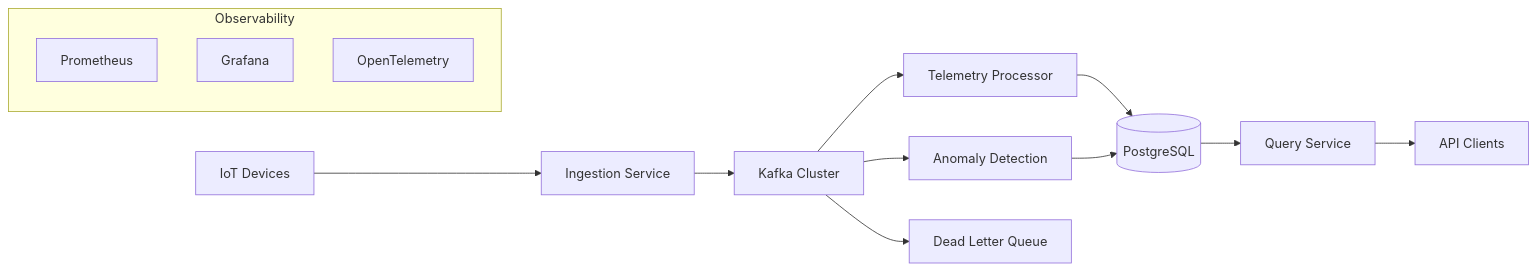
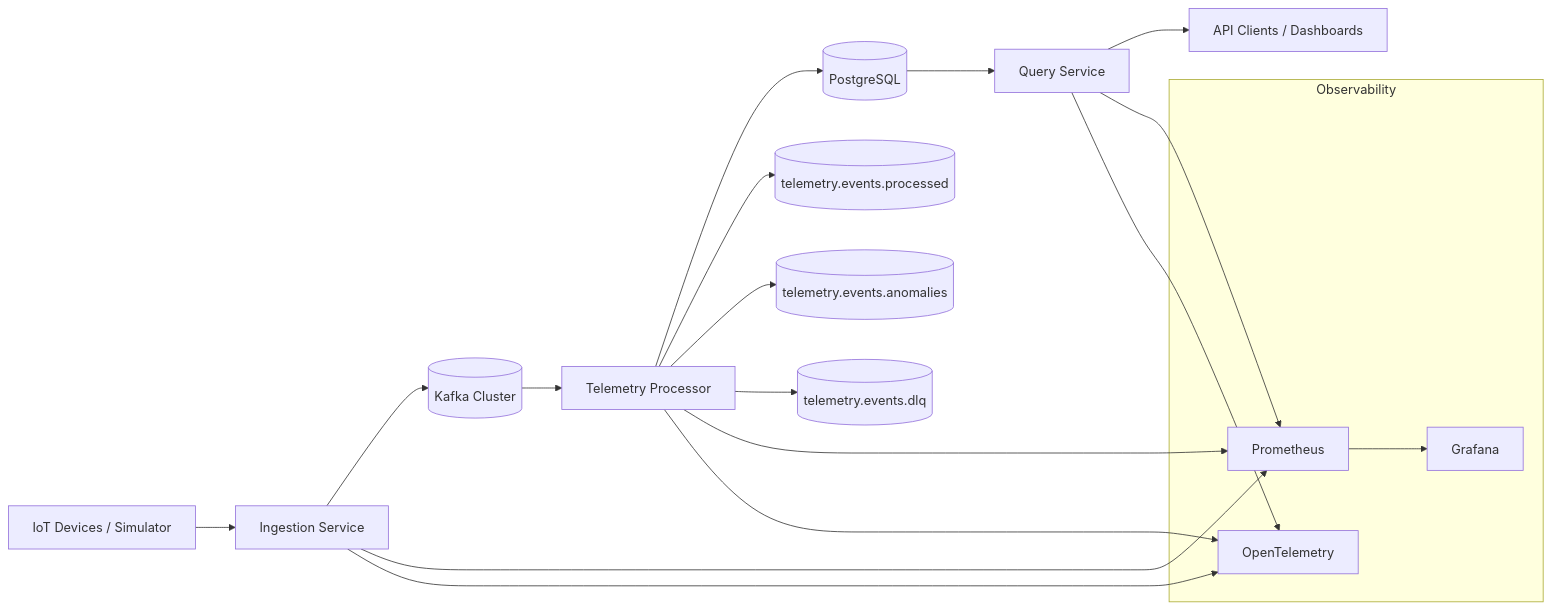
Before and after one commit to ME-Massine/pulsestream: the diagram in README.md, drawn with Mermaid. The commit also changed other lines of this file and 19 other files, not shown here.

First line of the commit message:
docs: finalize architecture consistency and align repository entry points (#94)

````diff
--- a/README.md
+++ b/README.md
@@ -26,25 +23,30 @@
 ```mermaid
 flowchart LR
+    A[IoT Devices / Simulator] --> B[Ingestion Service]
+    B --> C[(Kafka Cluster)]
 
-A[IoT Devices] --> B[Ingestion Service]
+    C --> D[Telemetry Processor]
+    D --> E[(PostgreSQL)]
+    E --> F[Query Service]
+    F --> G[API Clients / Dashboards]
 
-B --> C[Kafka Cluster]
+    D --> H[(telemetry.events.processed)]
+    D --> I[(telemetry.events.anomalies)]
+    D --> J[(telemetry.events.dlq)]
 
-C --> D[Telemetry Processor]
-C --> E[Anomaly Detection]
+    subgraph Observability
+        K[Prometheus]
+        L[Grafana]
+        M[OpenTelemetry]
+    end
 
-D --> F[(PostgreSQL)]
-E --> F
+    B --> K
+    D --> K
+    F --> K
 
-F --> G[Query Service]
+    B --> M
+    D --> M
+    F --> M
 
-G --> H[API Clients]
-
-C --> I[Dead Letter Queue]
-
-subgraph Observability
-J[Prometheus]
-K[Grafana]
-L[OpenTelemetry]
-end
+    K --> L
 ```
````
